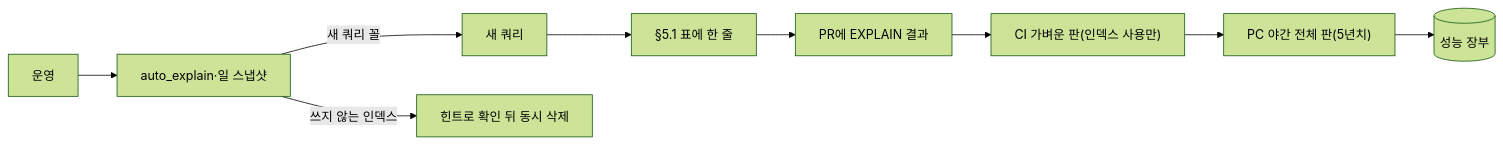
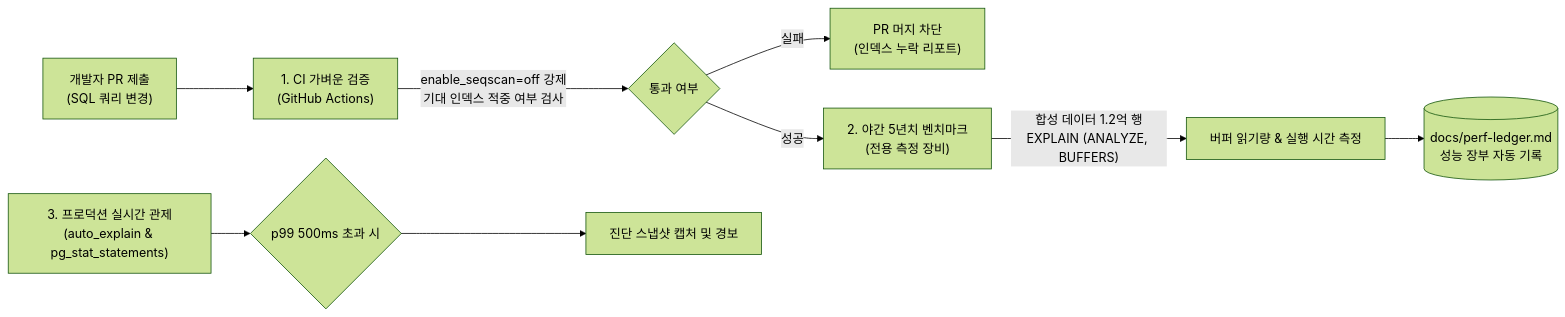
One commit to peaket/peaket changed the second of 2 diagrams in docs/walkthrough/db/07-indexes-queries.md. Above: the diagram before and after it, drawn with Mermaid (forest theme). The commit also changed other lines of this file and 77 other files, not shown here.

````diff
--- a/docs/walkthrough/db/07-indexes-queries.md
+++ b/docs/walkthrough/db/07-indexes-queries.md
@@ -95,11 +133,14 @@
 ```mermaid
 flowchart LR
-    q["새 쿼리"] --> row["§5.1 표에 한 줄"]
-    row --> pr["PR에 EXPLAIN 결과"]
-    pr --> ci["CI 가벼운 판(인덱스 사용만)"]
-    ci --> night["PC 야간 전체 판(5년치)"]
-    night --> ledger[("성능 장부")]
-    run["운영"] --> diag["auto_explain·일 스냅샷"]
-    diag -->|"쓰지 않는 인덱스"| drop["힌트로 확인 뒤 동시 삭제"]
-    diag -->|"새 쿼리 꼴"| q
+    DEV["개발자 PR 제출<br/>(SQL 쿼리 변경)"] --> CI["1. CI 가벼운 검증<br/>(GitHub Actions)"]
+    CI -->|"enable_seqscan=off 강제<br/>기대 인덱스 적중 여부 검사"| PASS{"통과 여부"}
+    
+    PASS -->|"실패"| REJECT["PR 머지 차단<br/>(인덱스 누락 리포트)"]
+    PASS -->|"성공"| NIGHT["2. 야간 5년치 벤치마크<br/>(전용 측정 장비)"]
+    
+    NIGHT -->|"합성 데이터 1.2억 행<br/>EXPLAIN (ANALYZE, BUFFERS)"| METRIC["버퍼 읽기량 & 실행 시간 측정"]
+    METRIC --> LEDGER[("docs/perf-ledger.md<br/>성능 장부 자동 기록")]
+    
+    PROD["3. 프로덕션 실시간 관제<br/>(auto_explain & pg_stat_statements)"] --> ALERT{"p99 500ms 초과 시"}
+    ALERT --> DIAG["진단 스냅샷 캡처 및 경보"]
 ```
````
